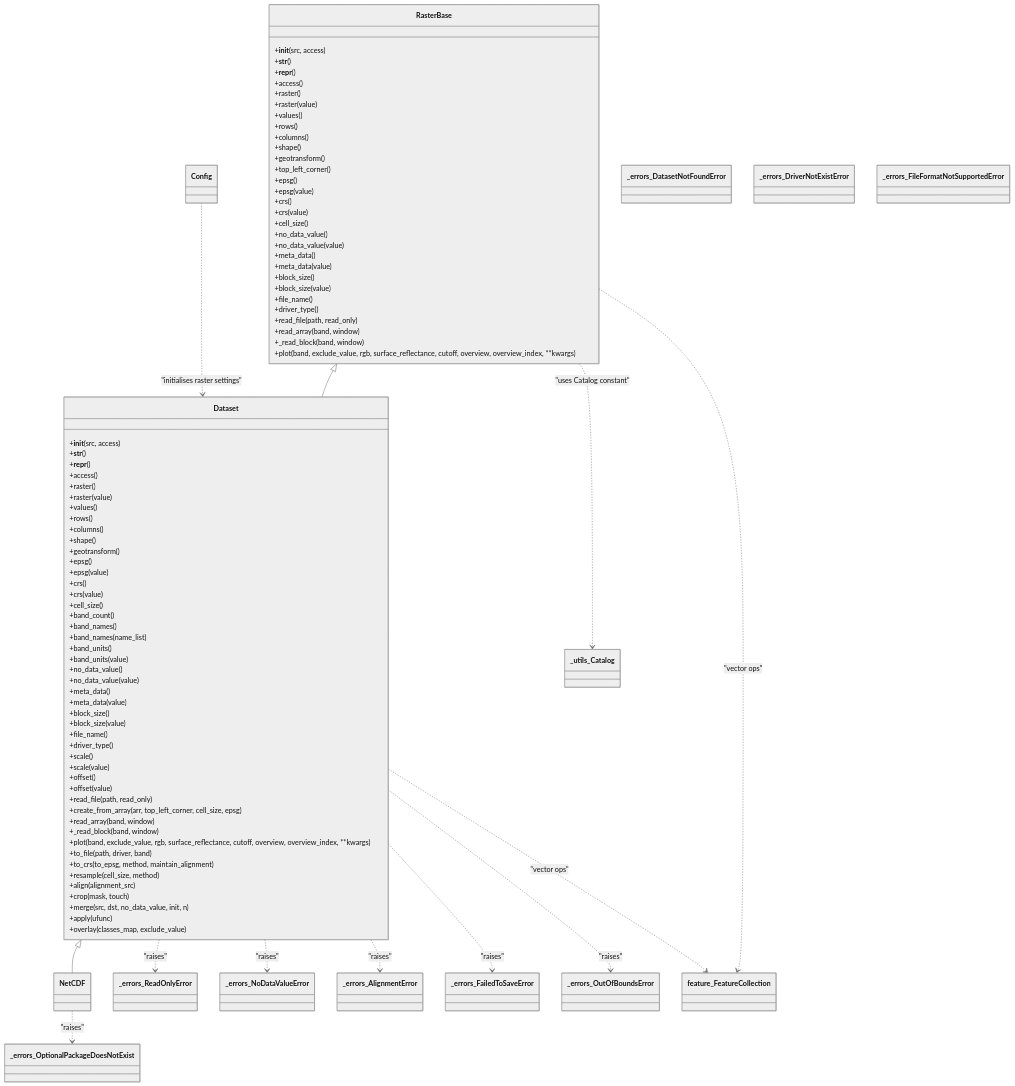
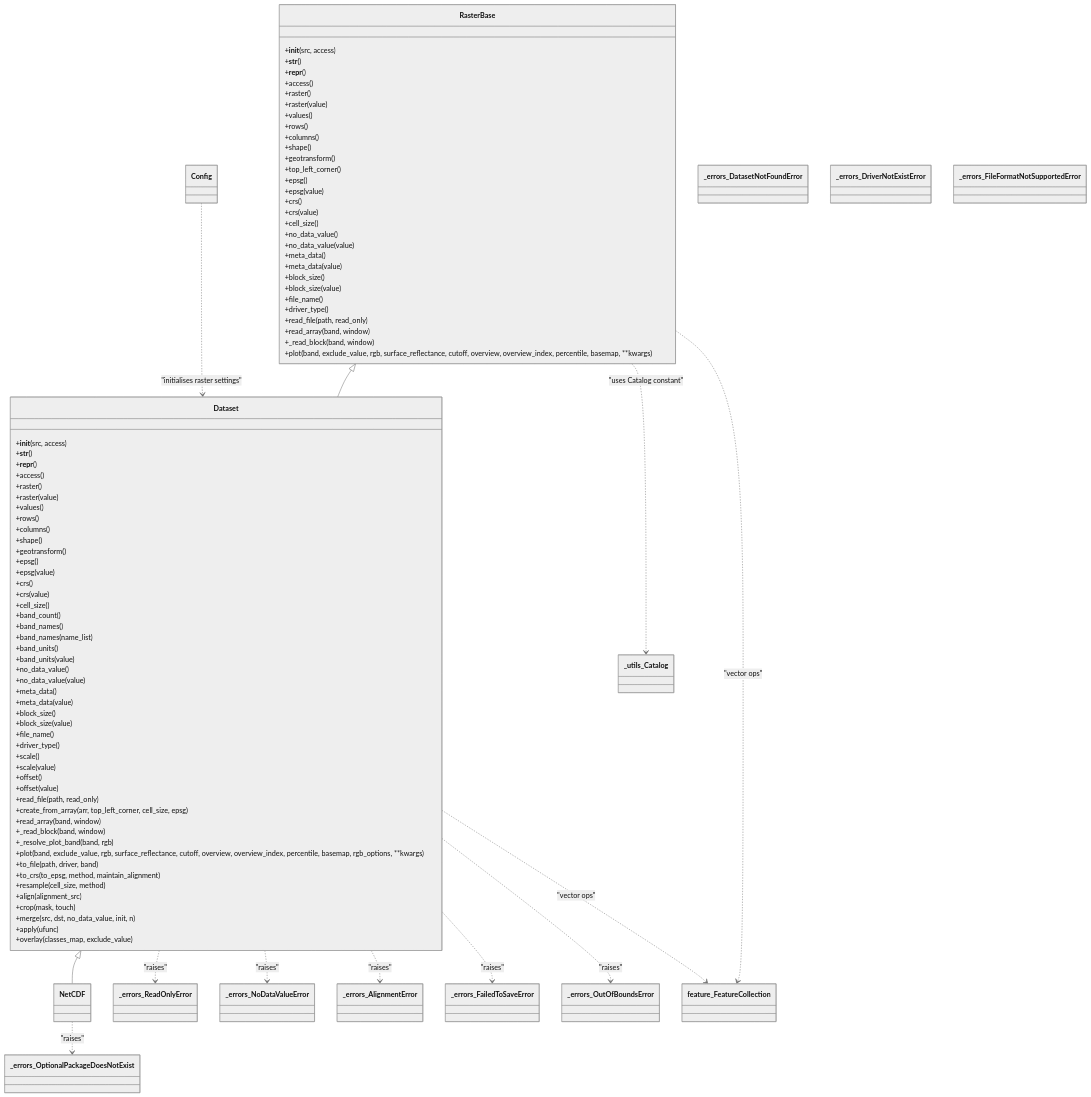
One commit to serapeum-org/pyramids changed the first of 2 diagrams in docs/reference/dataset/index.md. Above: the diagram before and after it, drawn with Mermaid (neutral theme). The commit also changed 24 other files, not shown here.

```diff
--- a/docs/reference/dataset/index.md
+++ b/docs/reference/dataset/index.md
@@ -38,7 +38,7 @@
         +read_file(path, read_only)
         +read_array(band, window)
         +_read_block(band, window)
-        +plot(band, exclude_value, rgb, surface_reflectance, cutoff, overview, overview_index, **kwargs)
+        +plot(band, exclude_value, rgb, surface_reflectance, cutoff, overview, overview_index, percentile, basemap, **kwargs)
     }
 
     %% concrete raster class
@@ -80,7 +80,8 @@
         +create_from_array(arr, top_left_corner, cell_size, epsg)
         +read_array(band, window)
         +_read_block(band, window)
-        +plot(band, exclude_value, rgb, surface_reflectance, cutoff, overview, overview_index, **kwargs)
+        +_resolve_plot_band(band, rgb)
+        +plot(band, exclude_value, rgb, surface_reflectance, cutoff, overview, overview_index, percentile, basemap, rgb_options, **kwargs)
         +to_file(path, driver, band)
         +to_crs(to_epsg, method, maintain_alignment)
         +resample(cell_size, method)
```
